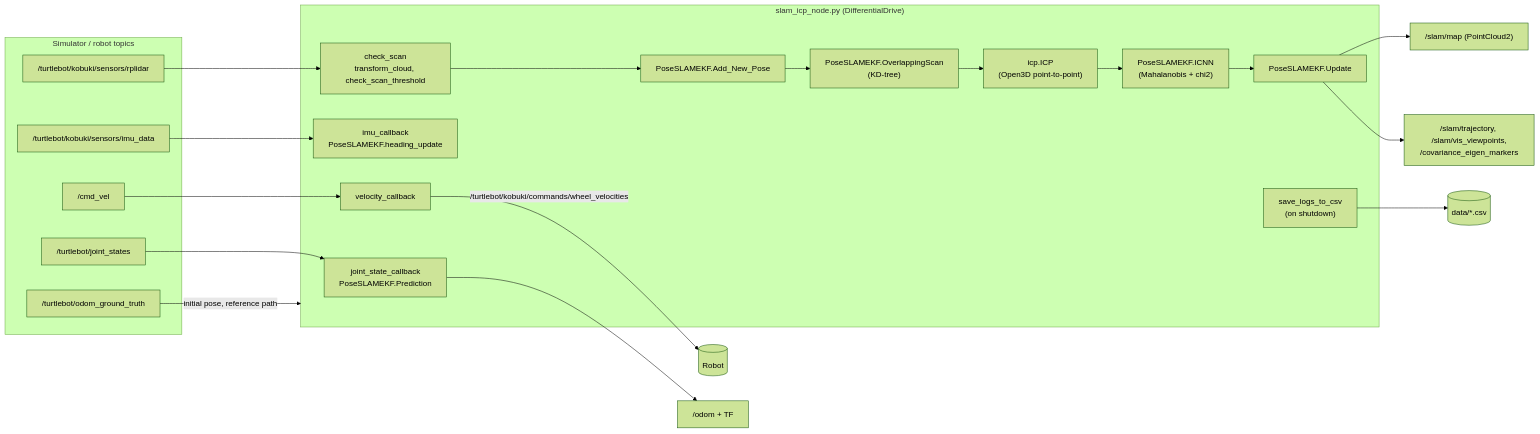
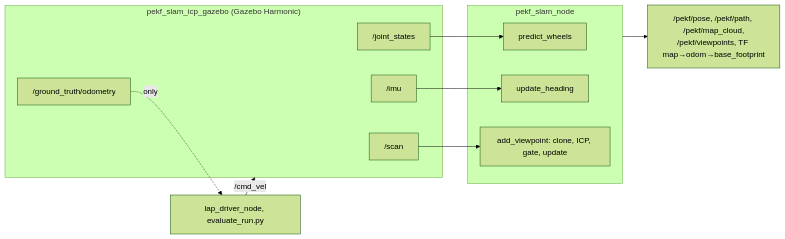
One commit to Rudip1/pekf-slam-icp changed the diagram in README.md. Above: the diagram before and after it, drawn with Mermaid (forest theme). The commit also changed other lines of this file and 8 other files, not shown here.

````diff
--- a/README.md
+++ b/README.md
@@ -27,34 +51,20 @@
 ```mermaid
 flowchart LR
-    subgraph Sensors["Simulator / robot topics"]
-        JS["/turtlebot/joint_states"]
-        IMU["/turtlebot/kobuki/sensors/imu_data"]
-        LIDAR["/turtlebot/kobuki/sensors/rplidar"]
-        GT["/turtlebot/odom_ground_truth"]
-        CMD["/cmd_vel"]
+    subgraph Gazebo["pekf_slam_icp_gazebo (Gazebo Harmonic)"]
+        J["/joint_states"]
+        I["/imu"]
+        L["/scan"]
+        GT["/ground_truth/odometry"]
     end
-
-    subgraph Node["slam_icp_node.py (DifferentialDrive)"]
-        PRED["joint_state_callback<br/>PoseSLAMEKF.Prediction"]
-        HEAD["imu_callback<br/>PoseSLAMEKF.heading_update"]
-        SCAN["check_scan<br/>transform_cloud, check_scan_threshold"]
-        ADD["PoseSLAMEKF.Add_New_Pose"]
-        OVL["PoseSLAMEKF.OverlappingScan<br/>(KD-tree)"]
-        ICP["icp.ICP<br/>(Open3D point-to-point)"]
-        GATE["PoseSLAMEKF.ICNN<br/>(Mahalanobis + chi2)"]
-        UPD["PoseSLAMEKF.Update"]
-        WHEEL["velocity_callback"]
-        LOG["save_logs_to_csv<br/>(on shutdown)"]
+    subgraph Node["pekf_slam_node"]
+        P["predict_wheels"]
+        H["update_heading"]
+        V["add_viewpoint: clone, ICP, gate, update"]
     end
-
-    JS --> PRED
-    IMU --> HEAD
-    LIDAR --> SCAN --> ADD --> OVL --> ICP --> GATE --> UPD
-    GT -->|initial pose, reference path| Node
-    CMD --> WHEEL -->|/turtlebot/kobuki/commands/wheel_velocities| Robot[(Robot)]
-
-    PRED --> ODOM["/odom + TF"]
-    UPD --> MAP["/slam/map (PointCloud2)"]
-    UPD --> VIZ["/slam/trajectory, /slam/vis_viewpoints,<br/>/covariance_eigen_markers"]
-    LOG --> CSV[("data/*.csv")]
+    J --> P
+    I --> H
+    L --> V
+    Node --> O["/pekf/pose, /pekf/path, /pekf/map_cloud,<br/>/pekf/viewpoints, TF map→odom→base_footprint"]
+    GT -.->|only| D["lap_driver_node, evaluate_run.py"]
+    D -->|/cmd_vel| Gazebo
 ```
````
